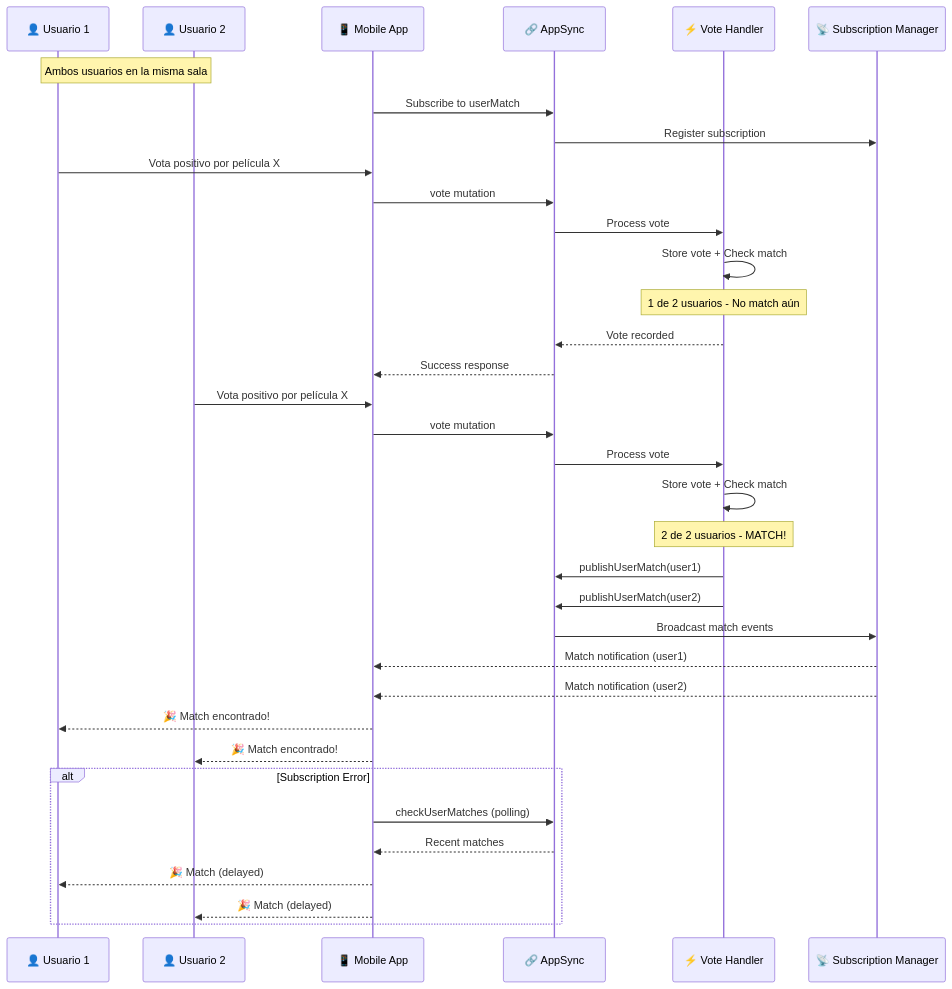
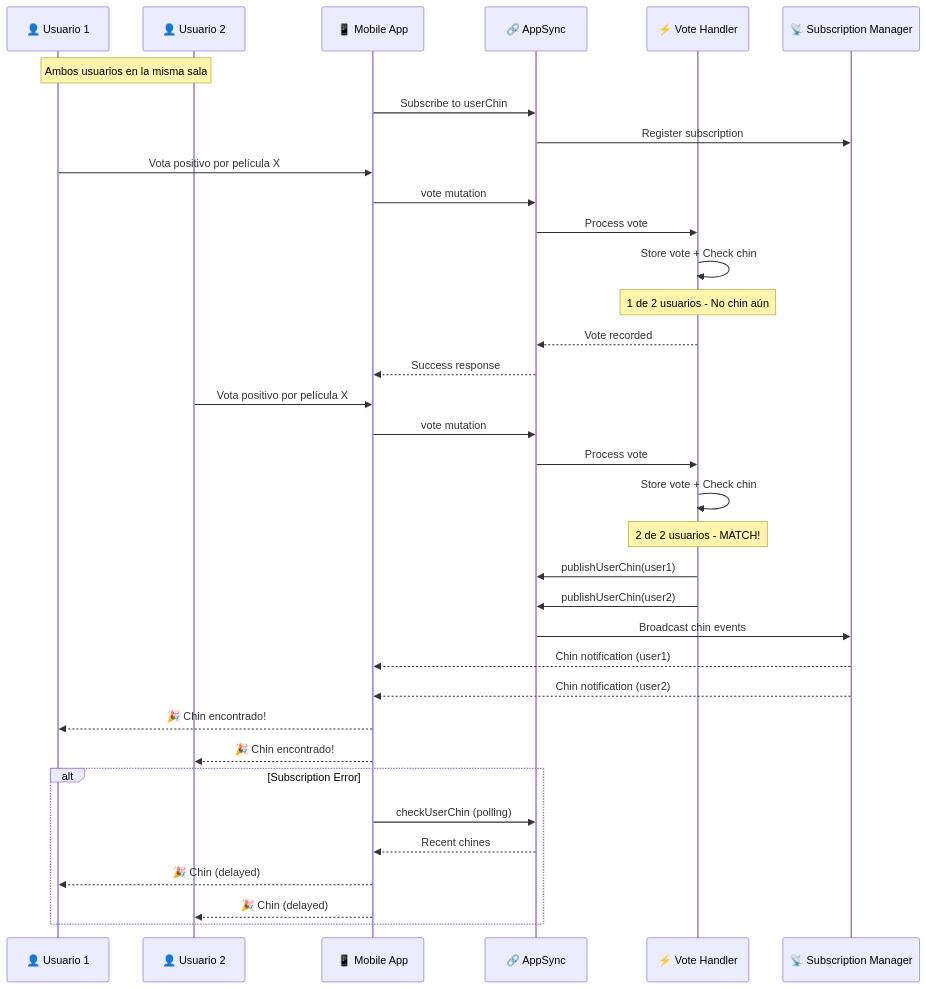
Before and after one commit to ibanezbetes/trinity-movie-voting: the fifth of 7 diagrams in docs/technical/diagrams/architecture-overview.md, drawn with Mermaid. The commit also changed other lines of this file and 54 other files, not shown here.

````diff
--- a/docs/technical/diagrams/architecture-overview.md
+++ b/docs/technical/diagrams/architecture-overview.md
@@ -330,52 +330,52 @@
 ```mermaid
 sequenceDiagram
     participant U1 as 👤 Usuario 1
     participant U2 as 👤 Usuario 2
     participant APP as 📱 Mobile App
     participant AS as 🔗 AppSync
     participant VH as ⚡ Vote Handler
     participant SUB as 📡 Subscription Manager
     
     Note over U1,U2: Ambos usuarios en la misma sala
     
     %% Suscripción inicial
-    APP->>AS: Subscribe to userMatch
+    APP->>AS: Subscribe to userChin
     AS->>SUB: Register subscription
     
     %% Primer voto
     U1->>APP: Vota positivo por película X
     APP->>AS: vote mutation
     AS->>VH: Process vote
-    VH->>VH: Store vote + Check match
-    Note over VH: 1 de 2 usuarios - No match aún
+    VH->>VH: Store vote + Check chin
+    Note over VH: 1 de 2 usuarios - No chin aún
     VH-->>AS: Vote recorded
     AS-->>APP: Success response
     
-    %% Segundo voto que genera match
+    %% Segundo voto que genera chin
     U2->>APP: Vota positivo por película X
     APP->>AS: vote mutation
     AS->>VH: Process vote
-    VH->>VH: Store vote + Check match
+    VH->>VH: Store vote + Check chin
     Note over VH: 2 de 2 usuarios - MATCH!
     
     %% Publicar notificaciones
-    VH->>AS: publishUserMatch(user1)
-    VH->>AS: publishUserMatch(user2)
+    VH->>AS: publishUserChin(user1)
+    VH->>AS: publishUserChin(user2)
     
     %% Entregar notificaciones
-    AS->>SUB: Broadcast match events
-    SUB-->>APP: Match notification (user1)
-    SUB-->>APP: Match notification (user2)
+    AS->>SUB: Broadcast chin events
+    SUB-->>APP: Chin notification (user1)
+    SUB-->>APP: Chin notification (user2)
     
     %% Actualizar UI
-    APP-->>U1: 🎉 Match encontrado!
-    APP-->>U2: 🎉 Match encontrado!
+    APP-->>U1: 🎉 Chin encontrado!
+    APP-->>U2: 🎉 Chin encontrado!
     
     %% Fallback polling (si subscription falla)
     alt Subscription Error
-        APP->>AS: checkUserMatches (polling)
-        AS-->>APP: Recent matches
-        APP-->>U1: 🎉 Match (delayed)
-        APP-->>U2: 🎉 Match (delayed)
+        APP->>AS: checkUserChin (polling)
+        AS-->>APP: Recent chines
+        APP-->>U1: 🎉 Chin (delayed)
+        APP-->>U2: 🎉 Chin (delayed)
     end
 ```
````
